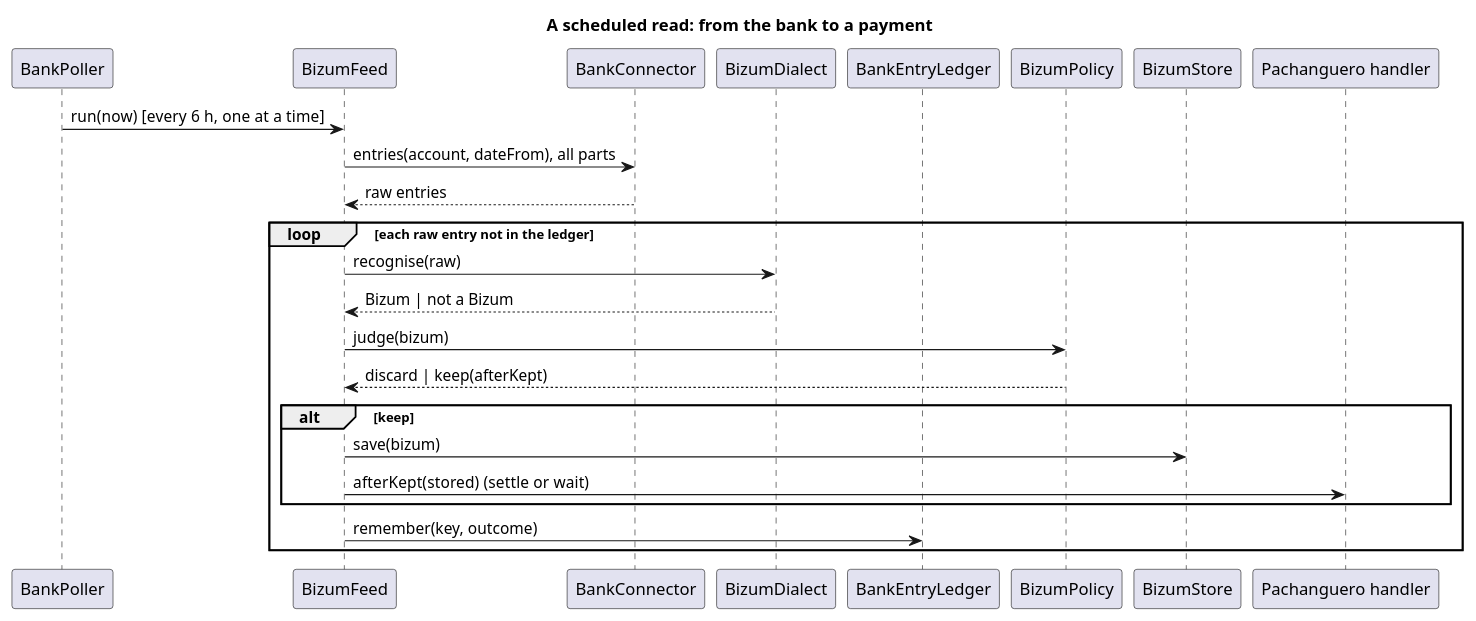
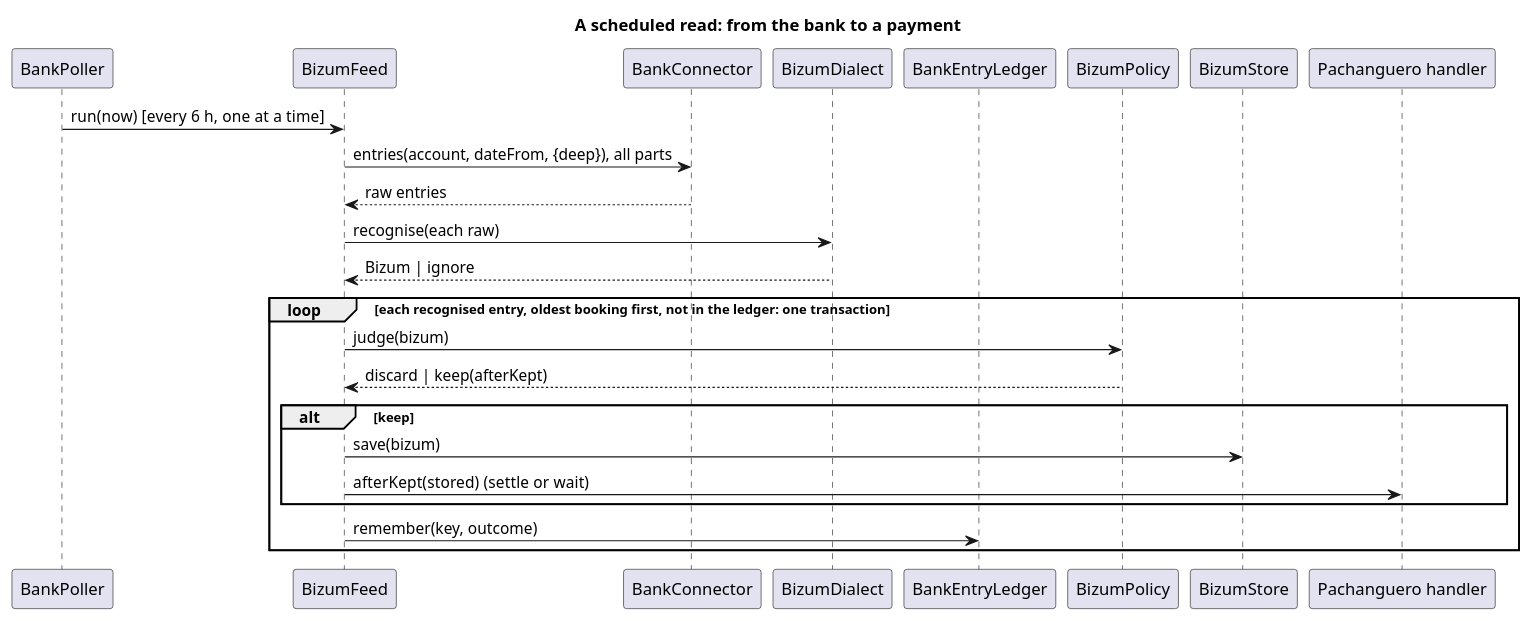
One commit to antoniocamas/pachanguero changed the diagram in specs/active/WP-006-bizum-payment-detection/design/diagrams/poll-and-settle.puml. Above: the diagram before and after it, drawn with PlantUML. The commit also changed 5 other files, not shown here.

```diff
--- a/specs/active/WP-006-bizum-payment-detection/design/diagrams/poll-and-settle.puml
+++ b/specs/active/WP-006-bizum-payment-detection/design/diagrams/poll-and-settle.puml
@@ -1,26 +1,26 @@
 @startuml
 title A scheduled read: from the bank to a payment
 participant BankPoller
 participant BizumFeed
 participant BankConnector as Connector
 participant BizumDialect as Dialect
 participant BankEntryLedger as Ledger
 participant BizumPolicy as Policy
 participant BizumStore as Store
 participant "Pachanguero handler" as App
 
 BankPoller -> BizumFeed : run(now)  [every 6 h, one at a time]
-BizumFeed -> Connector : entries(account, dateFrom), all parts
+BizumFeed -> Connector : entries(account, dateFrom, {deep}), all parts
 Connector --> BizumFeed : raw entries
-loop each raw entry not in the ledger
-  BizumFeed -> Dialect : recognise(raw)
-  Dialect --> BizumFeed : Bizum | not a Bizum
+BizumFeed -> Dialect : recognise(each raw)
+Dialect --> BizumFeed : Bizum | ignore
+loop each recognised entry, oldest booking first, not in the ledger: one transaction
   BizumFeed -> Policy : judge(bizum)
   Policy --> BizumFeed : discard | keep(afterKept)
   alt keep
     BizumFeed -> Store : save(bizum)
     BizumFeed -> App : afterKept(stored)  (settle or wait)
   end
   BizumFeed -> Ledger : remember(key, outcome)
 end
 @enduml
```
